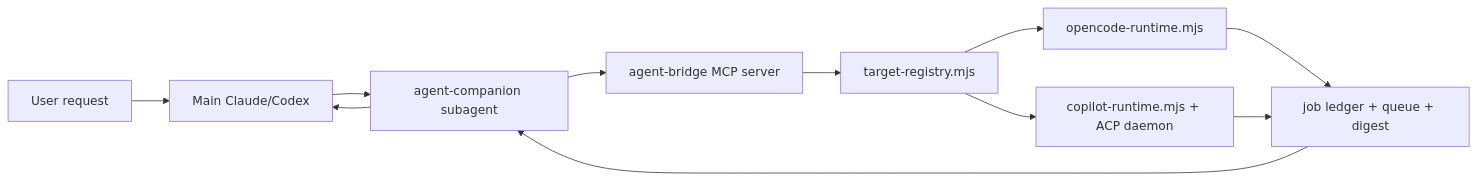
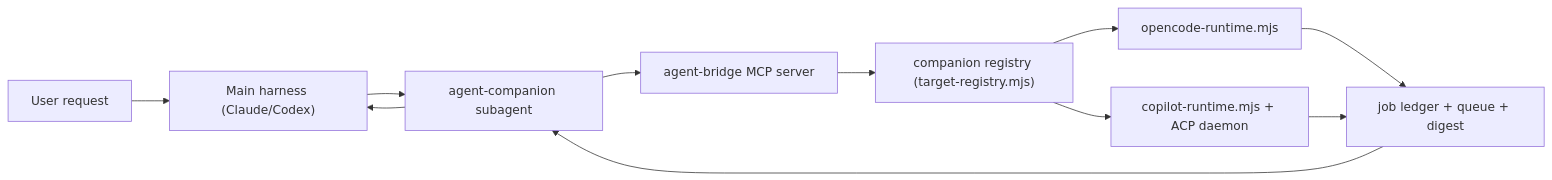
Before and after one commit to thangaram611/agent-companion: the diagram in docs/ARCHITECTURE.md, drawn with Mermaid. The commit also changed other lines of this file and 22 other files, not shown here.

Commit message:
Align public harness companion positioning

````diff
--- a/docs/ARCHITECTURE.md
+++ b/docs/ARCHITECTURE.md
@@ -15,13 +34,13 @@
 ```mermaid
 flowchart LR
-  User["User request"] --> Main["Main Claude/Codex"]
+  User["User request"] --> Main["Main harness (Claude/Codex)"]
   Main --> Subagent["agent-companion subagent"]
   Subagent --> MCP["agent-bridge MCP server"]
-  MCP --> Registry["target-registry.mjs"]
+  MCP --> Registry["companion registry (target-registry.mjs)"]
   Registry --> OpenCode["opencode-runtime.mjs"]
   Registry --> Copilot["copilot-runtime.mjs + ACP daemon"]
   OpenCode --> Job["job ledger + queue + digest"]
   Copilot --> Job
   Job --> Subagent
   Subagent --> Main
 ```
````
